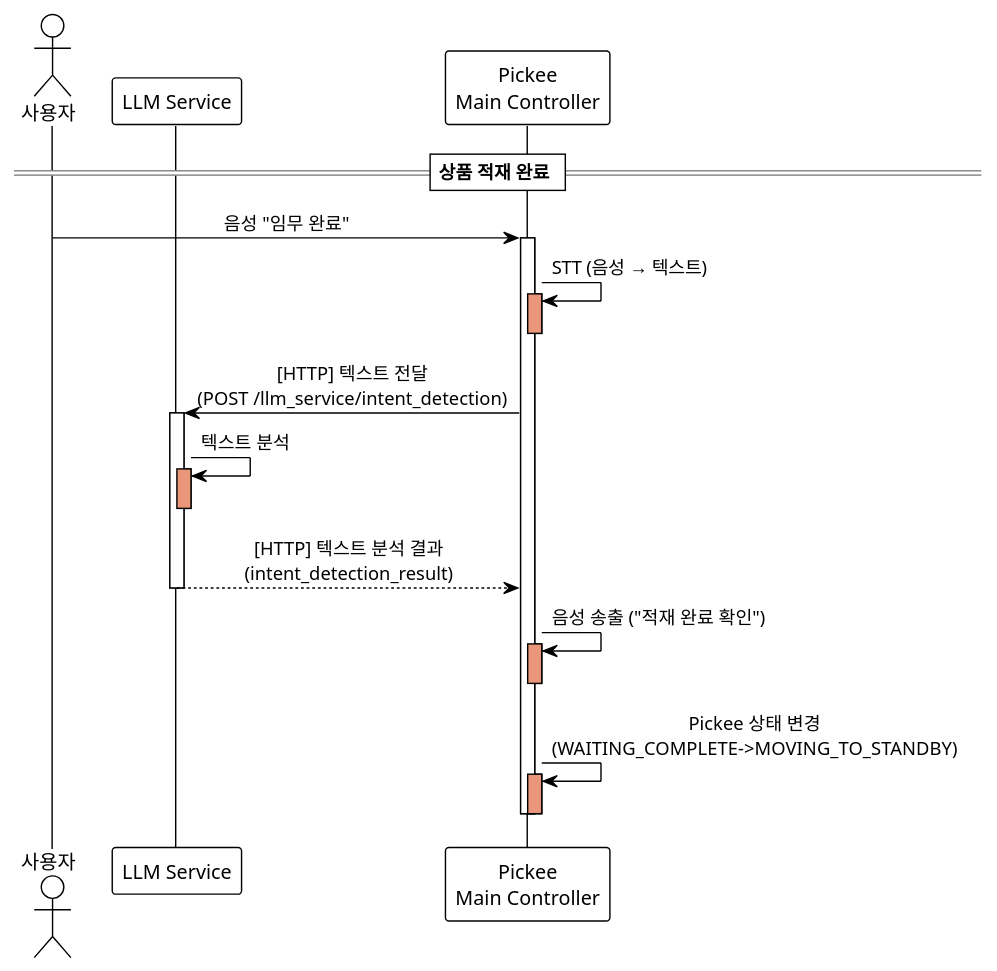
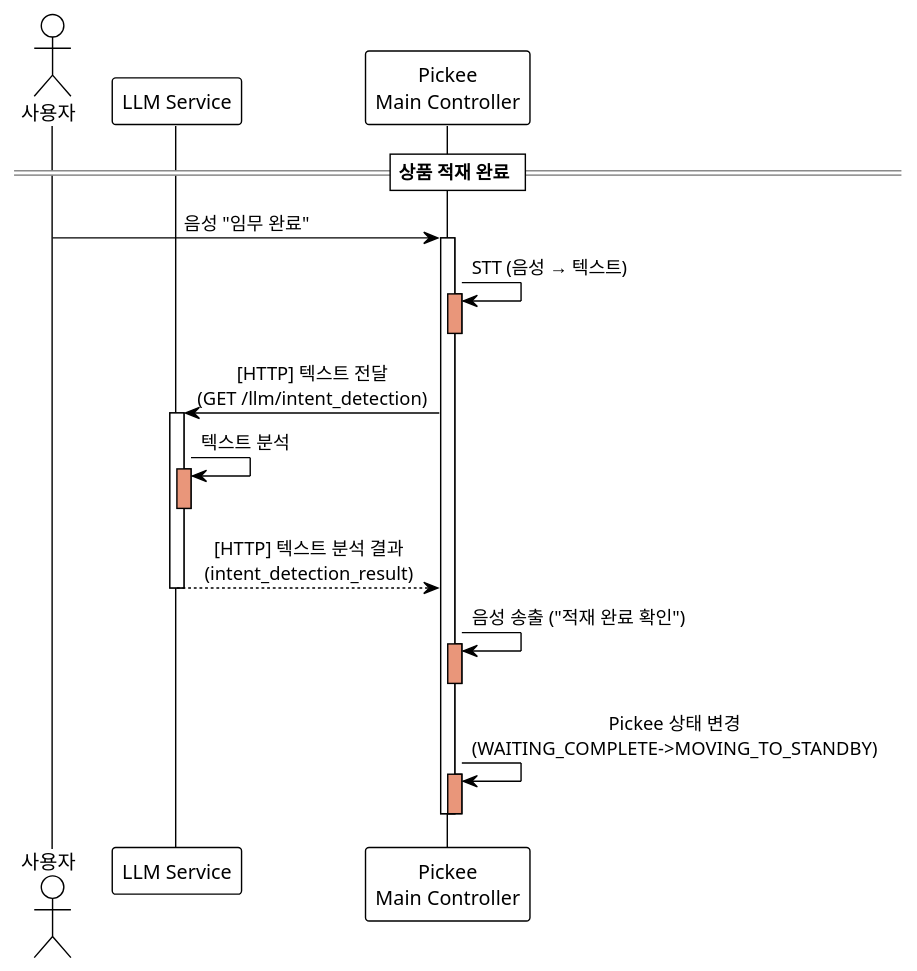
Before and after one commit to addinedu-roscamp-7th/roscamp-repo-1: the diagram in docs/SequenceDiagram/SC_06_5.md, drawn with PlantUML. The commit also changed 11 other files, not shown here.

Commit message:
[Docs/Shopee Main Service] LLM 관련 인터페이스 수정

```diff
--- a/docs/SequenceDiagram/SC_06_5.md
+++ b/docs/SequenceDiagram/SC_06_5.md
@@ -1,39 +1,39 @@
 @startuml SC_06_5_Pickee_적재완료및이동
 !theme plain
 skinparam backgroundColor #FFFFFF
 skinparam sequenceMessageAlign center
 
 actor "사용자" as user
 participant "LLM Service" as llm
 participant "Pickee\nMain Controller" as pickee_main
 
 == 상품 적재 완료 ==
 
 user -> pickee_main: 음성 "임무 완료"
 activate pickee_main
 
 pickee_main -> pickee_main: STT (음성 → 텍스트)
 activate pickee_main #DarkSalmon
 deactivate pickee_main
 
-pickee_main -> llm: [HTTP] 텍스트 전달\n(POST /llm_service/intent_detection)
+pickee_main -> llm: [HTTP] 텍스트 전달\n(GET /llm/intent_detection)
 activate llm
 
 llm -> llm: 텍스트 분석
 activate llm #DarkSalmon
 deactivate llm
 
 llm --> pickee_main: [HTTP] 텍스트 분석 결과\n(intent_detection_result)
 deactivate llm
 
 pickee_main -> pickee_main: 음성 송출 ("적재 완료 확인")
 activate pickee_main #DarkSalmon
 deactivate pickee_main
 
 pickee_main -> pickee_main: Pickee 상태 변경\n(WAITING_COMPLETE->MOVING_TO_STANDBY)
 activate pickee_main #DarkSalmon
 deactivate pickee_main
 
 deactivate pickee_main
 
 @enduml
```
